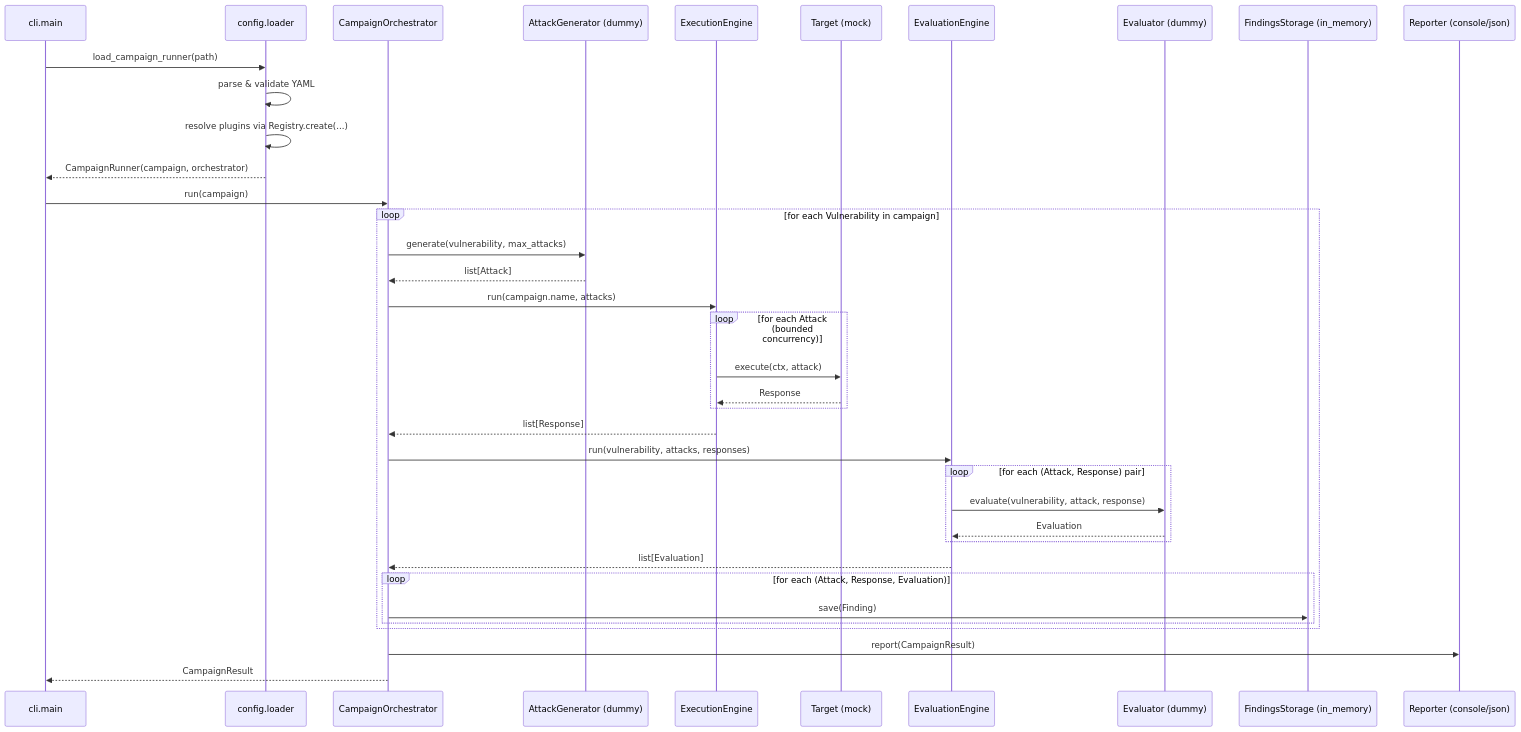
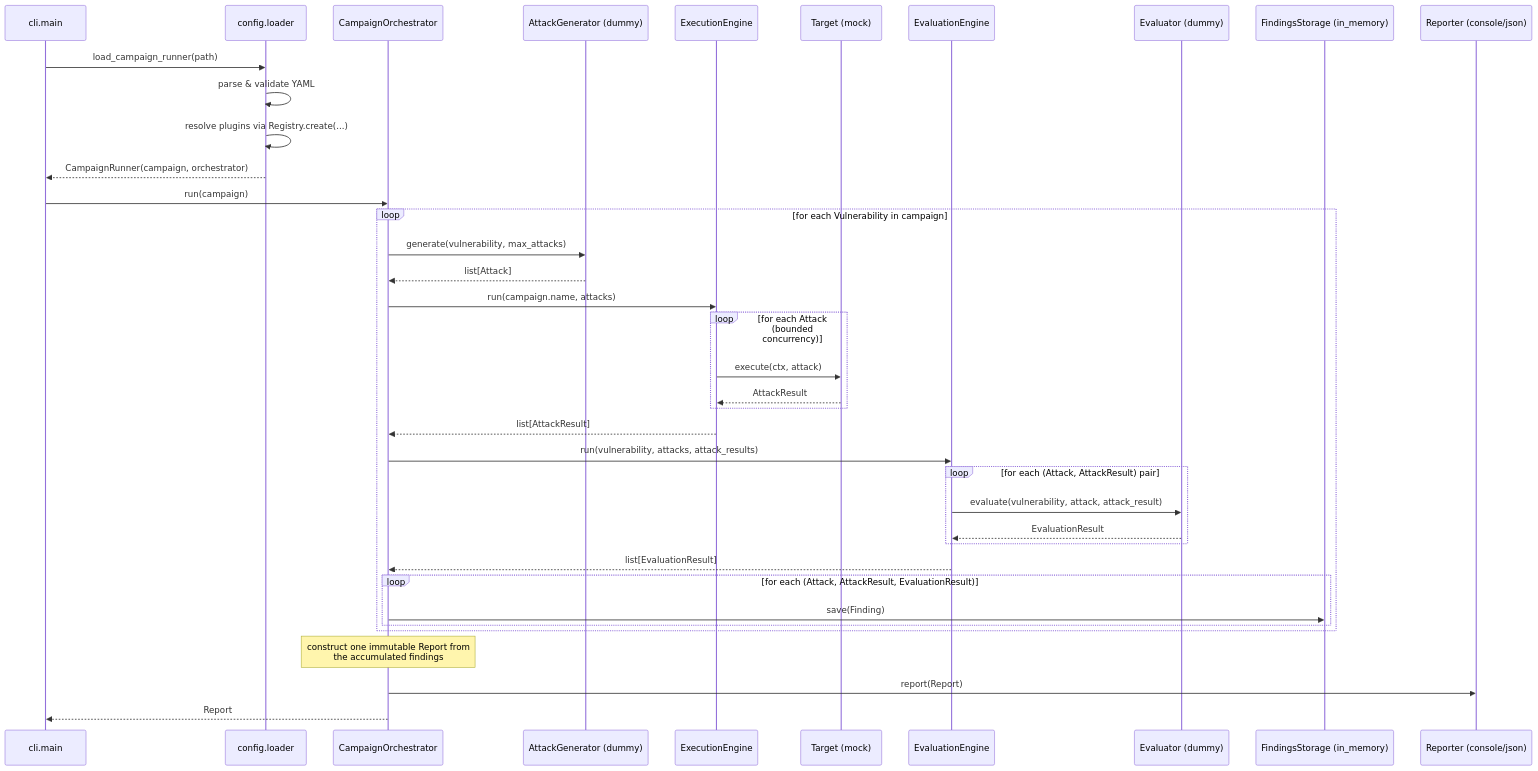
Before and after one commit to Suraj370/GuardrailKit: the second of 2 diagrams in ARCHITECTURE.md, drawn with Mermaid. The commit also changed other lines of this file and 42 other files, not shown here.

First line of the commit message:
Implement core domain models: AttackResult, EvaluationResult, Report

````diff
--- a/ARCHITECTURE.md
+++ b/ARCHITECTURE.md
@@ -168,42 +169,44 @@
 ```mermaid
 sequenceDiagram
     participant CLI as cli.main
     participant Loader as config.loader
     participant Orch as CampaignOrchestrator
     participant Gen as AttackGenerator (dummy)
     participant Exec as ExecutionEngine
     participant Tgt as Target (mock)
     participant Eval as EvaluationEngine
     participant Grader as Evaluator (dummy)
     participant Store as FindingsStorage (in_memory)
     participant Rep as Reporter (console/json)
 
     CLI->>Loader: load_campaign_runner(path)
     Loader->>Loader: parse & validate YAML
     Loader->>Loader: resolve plugins via Registry.create(...)
     Loader-->>CLI: CampaignRunner(campaign, orchestrator)
     CLI->>Orch: run(campaign)
 
     loop for each Vulnerability in campaign
         Orch->>Gen: generate(vulnerability, max_attacks)
         Gen-->>Orch: list[Attack]
         Orch->>Exec: run(campaign.name, attacks)
         loop for each Attack (bounded concurrency)
             Exec->>Tgt: execute(ctx, attack)
-            Tgt-->>Exec: Response
+            Tgt-->>Exec: AttackResult
         end
-        Exec-->>Orch: list[Response]
-        Orch->>Eval: run(vulnerability, attacks, responses)
-        loop for each (Attack, Response) pair
-            Eval->>Grader: evaluate(vulnerability, attack, response)
-            Grader-->>Eval: Evaluation
+        Exec-->>Orch: list[AttackResult]
+        Orch->>Eval: run(vulnerability, attacks, attack_results)
+        loop for each (Attack, AttackResult) pair
+            Eval->>Grader: evaluate(vulnerability, attack, attack_result)
+            Grader-->>Eval: EvaluationResult
         end
-        Eval-->>Orch: list[Evaluation]
-        loop for each (Attack, Response, Evaluation)
+        Eval-->>Orch: list[EvaluationResult]
+        loop for each (Attack, AttackResult, EvaluationResult)
             Orch->>Store: save(Finding)
         end
     end
 
-    Orch->>Rep: report(CampaignResult)
-    Orch-->>CLI: CampaignResult
+    Note over Orch: construct one immutable Report from<br/>the accumulated findings
+
+    Orch->>Rep: report(Report)
+    Orch-->>CLI: Report
 ```
````
